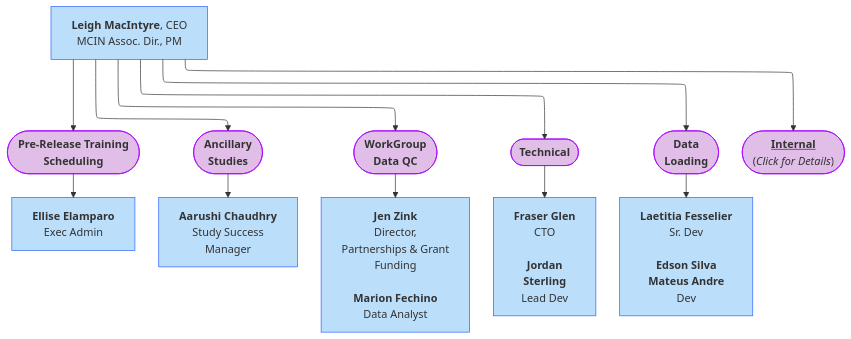
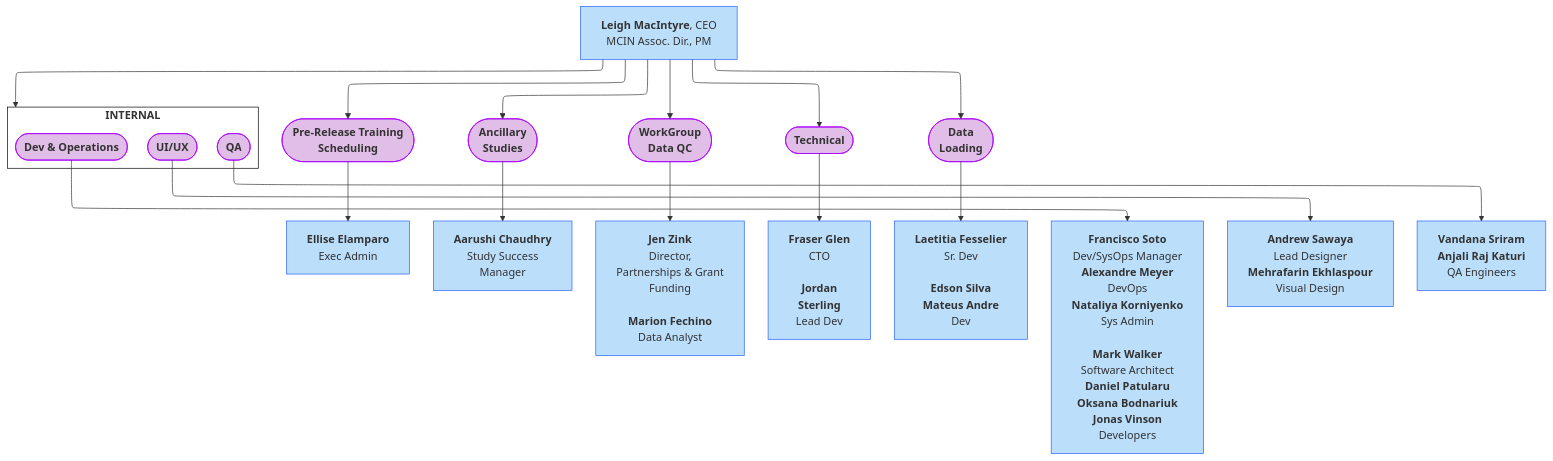
The third of 9 diagrams in docs/orgcharts.md (DCAN-Labs/hbcd-docs-internal), drawn with Mermaid before and after one commit. The commit also changed other lines of this file, not shown here.

````diff
--- a/docs/orgcharts.md
+++ b/docs/orgcharts.md
@@ -299,28 +298,39 @@
 ```mermaid
 ---
 config:
   layout: elk
 ---
 flowchart TB
-    A["<b>Leigh MacIntyre</b>, CEO<br>MCIN Assoc. Dir., PM"] --> B(["<b>Pre-Release Training<br>Scheduling<br></b>"])
-    A --> n1(["<b>Ancillary<br>Studies</b>"]) & n2(["<b>WorkGroup<br>Data QC</b>"]) & n3(["<b>Technical</b>"]) & n4(["<b>Data<br>Loading</b>"])
-    A --> n18(["<b><u>Internal</u><br></b>(<i>Click for Details</i>)"])
+ subgraph s1["<b>INTERNAL</b>"]
+        n21(["<b>QA</b>"])
+        n22(["<b>UI/UX</b>"])
+        n23(["<b>Dev &amp; Operations</b>"])
+  end
+    A["<b>Leigh MacIntyre</b>, CEO<br>MCIN Assoc. Dir., PM"] --> B(["<b>Pre-Release Training<br>Scheduling<br></b>"]) & n1(["<b>Ancillary<br>Studies</b>"]) & n2(["<b>WorkGroup<br>Data QC</b>"]) & n3(["<b>Technical</b>"]) & n4(["<b>Data<br>Loading</b>"]) & s1
     B --> n5["<b>Ellise Elamparo</b><br>Exec Admin"]
     n1 --> n6["<b>Aarushi Chaudhry<br></b>Study Success<br>Manager"]
     n2 --> n7["<b>Jen Zink<br></b>Director,<br>Partnerships &amp; Grant<br>Funding<br><br><b>Marion Fechino</b><br>Data Analyst"]
     n3 --> n8["<b>Fraser Glen<br></b>CTO<br><br><b>Jordan<br>Sterling<br></b>Lead Dev"]
     n4 --> n9["<b>Laetitia Fesselier<br></b>Sr. Dev<br><b><br>Edson Silva</b><br><b>Mateus Andre<br></b>Dev"]
+    n23 --> n24["<b>Francisco Soto</b><br>Dev/SysOps Manager<br><b>Alexandre Meyer</b><br>DevOps<br><b>Nataliya Korniyenko<br></b>Sys Admin<br><br><b>Mark Walker<br></b>Software Architect<br><b>Daniel Patularu</b><br><b>Oksana Bodnariuk<br>Jonas Vinson<br></b>Developers"]
+    n22 --> n26["<b>Andrew Sawaya</b><br>Lead Designer<br><b>Mehrafarin Ekhlaspour</b><br>Visual Design"]
+    n21 --> n27["<b>Vandana Sriram</b><br><b>Anjali Raj Katuri<br></b>QA Engineers"]
+    style n21 fill:#E1BEE7,stroke:#AA00FF
+    style n22 fill:#E1BEE7,stroke:#AA00FF
+    style n23 fill:#E1BEE7,stroke:#AA00FF
     style A fill:#BBDEFB,stroke:#2962FF
     style B fill:#E1BEE7,stroke:#AA00FF
     style n1 fill:#E1BEE7,stroke:#AA00FF
     style n2 fill:#E1BEE7,stroke:#AA00FF
     style n3 fill:#E1BEE7,stroke:#AA00FF
     style n4 fill:#E1BEE7,stroke:#AA00FF
-    style n18 fill:#E1BEE7,stroke:#AA00FF
+    style s1 fill:transparent,stroke:#000000
     style n5 fill:#BBDEFB,stroke:#2962FF
     style n6 fill:#BBDEFB,stroke:#2962FF
     style n7 fill:#BBDEFB,stroke:#2962FF
     style n8 fill:#BBDEFB,stroke:#2962FF
     style n9 fill:#BBDEFB,stroke:#2962FF
-    click n18 "#internal-non-consortium-facing"
+    style n24 fill:#BBDEFB,stroke:#2962FF
+    style n26 fill:#BBDEFB,stroke:#2962FF
+    style n27 fill:#BBDEFB,stroke:#2962FF
 ```
````
